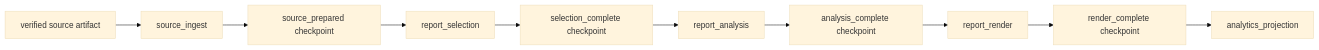
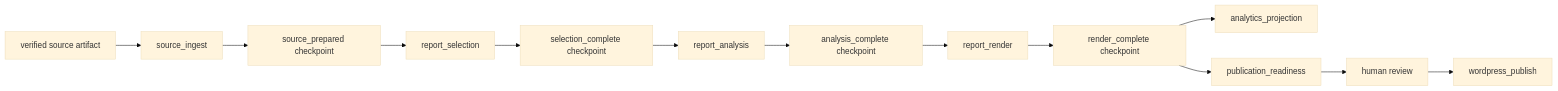
Before and after one commit to mbrakker/marketlense: the second of 6 diagrams in docs/architecture/asynchronous-workflow-queue.md, drawn with Mermaid (base theme). The commit also changed other lines of this file and 15 other files, not shown here.

````diff
--- a/docs/architecture/asynchronous-workflow-queue.md
+++ b/docs/architecture/asynchronous-workflow-queue.md
@@ -52,12 +53,15 @@
 ```mermaid
 flowchart LR
   A[verified source artifact] --> B[source_ingest]
   B --> C[source_prepared checkpoint]
   C --> D[report_selection]
   D --> E[selection_complete checkpoint]
   E --> F[report_analysis]
   F --> G[analysis_complete checkpoint]
   G --> H[report_render]
   H --> I[render_complete checkpoint]
   I --> J[analytics_projection]
+  I --> R[publication_readiness]
+  R --> REVIEW[human review]
+  REVIEW --> WP[wordpress_publish]
 ```
````
